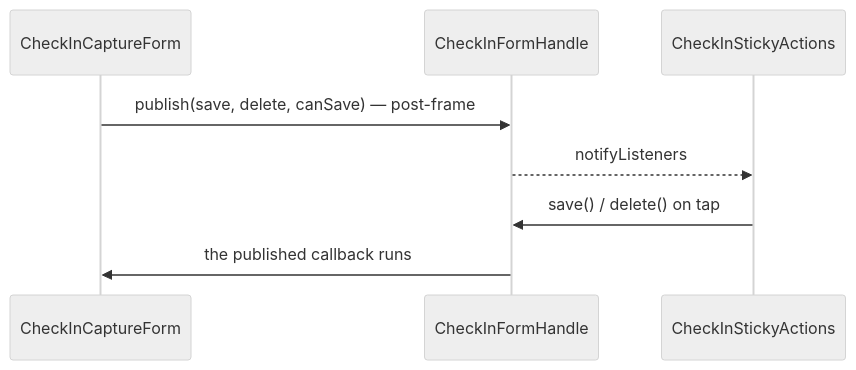
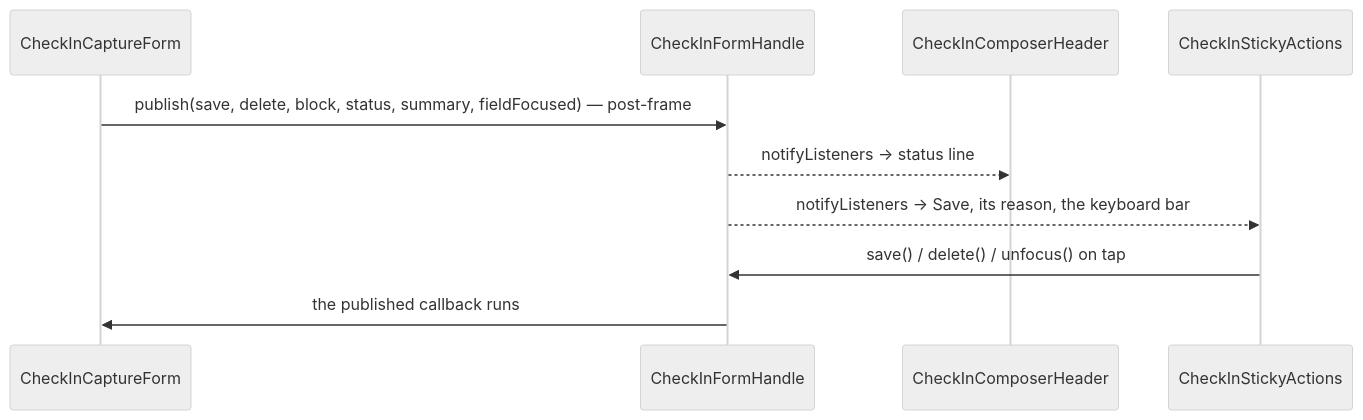
Before and after one commit to matthiasn/lotti: the seventh of 12 diagrams in knowledge/features/relationships.md, drawn with Mermaid (neutral theme). The commit also changed other lines of this file and 51 other files, not shown here.

First line of the commit message:
feat(relationships): one check-in composer with inline dictation, and the briefing card state matrix

````diff
--- a/knowledge/features/relationships.md
+++ b/knowledge/features/relationships.md
@@ -969,10 +1037,12 @@
 ```mermaid
 sequenceDiagram
   participant F as CheckInCaptureForm
   participant H as CheckInFormHandle
+  participant Hd as CheckInComposerHeader
   participant B as CheckInStickyActions
-  F->>H: publish(save, delete, canSave) — post-frame
-  H-->>B: notifyListeners
-  B->>H: save() / delete() on tap
+  F->>H: publish(save, delete, block, status, summary, fieldFocused) — post-frame
+  H-->>Hd: notifyListeners → status line
+  H-->>B: notifyListeners → Save, its reason, the keyboard bar
+  B->>H: save() / delete() / unfocus() on tap
   H->>F: the published callback runs
 ```
````
